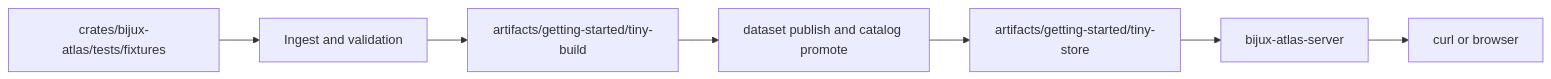
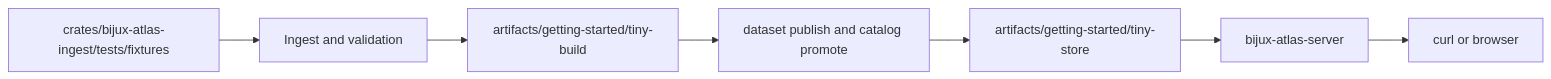
One commit to bijux/bijux-atlas changed the first of 3 diagrams in docs/bijux-atlas/workflows/run-atlas-locally.md. Above: the diagram before and after it, drawn with Mermaid. The commit also changed other lines of this file and 30 other files, not shown here.

````diff
--- a/docs/bijux-atlas/workflows/run-atlas-locally.md
+++ b/docs/bijux-atlas/workflows/run-atlas-locally.md
@@ -24,9 +24,9 @@
 ```mermaid
 flowchart LR
-    Fixtures[crates/bijux-atlas/tests/fixtures] --> Build[Ingest and validation]
+    Fixtures[crates/bijux-atlas-ingest/tests/fixtures] --> Build[Ingest and validation]
     Build --> BuildRoot[artifacts/getting-started/tiny-build]
     BuildRoot --> Publish[dataset publish and catalog promote]
     Publish --> Store[artifacts/getting-started/tiny-store]
     Store --> Server[bijux-atlas-server]
     Server --> Client[curl or browser]
 ```
````
